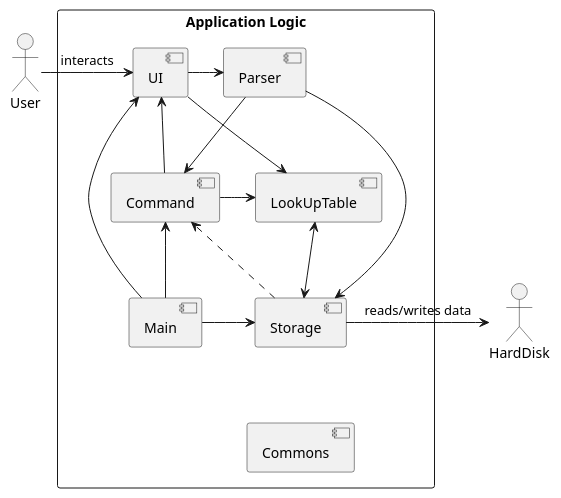
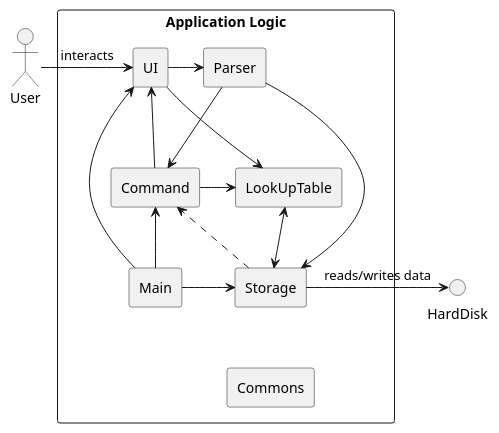
One commit to ZT712002/tp changed the diagram in docs/umldiagrams/Architecture.puml. Above: the diagram before and after it, drawn with PlantUML. The commit also changed 1 other file, not shown here.

Commit message:
Change Architecture Diagram

```diff
--- a/docs/umldiagrams/Architecture.puml
+++ b/docs/umldiagrams/Architecture.puml
@@ -1,38 +1,42 @@
 @startuml
 
+hide stereotype
+hide component
+skinparam componentStyle rectangle
 
 actor User
+interface HardDisk
 
 rectangle "Application Logic" {
 
     component UI
     component Parser
     component Storage
     component Command
     component Main
     component Commons
     component LookUpTable
 
 }
 
 
 
 
 
 
 User -right-> UI : interacts
 Main -up-> UI
 UI -right-> Parser
 Main -up-> Command
 Parser -down-> Command
 Command -> UI
 Command -> LookUpTable
 LookUpTable <-> Storage
 LookUpTable <- UI
 Parser -> Storage
 Main -> Storage
 Storage .> Command
 Storage -> HardDisk : reads/writes data
 Storage -[hidden]-> Commons
 
 @enduml
```
